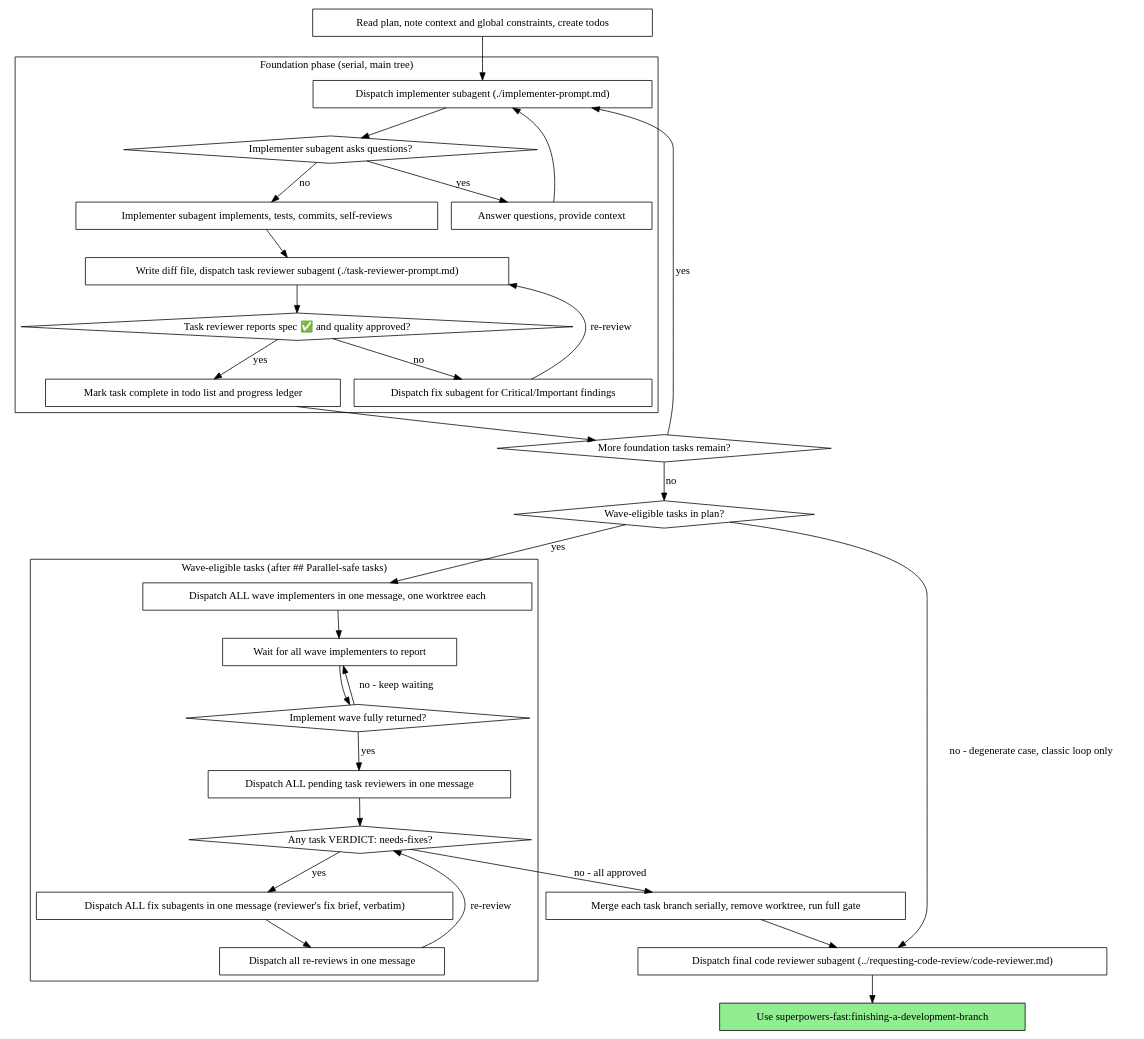
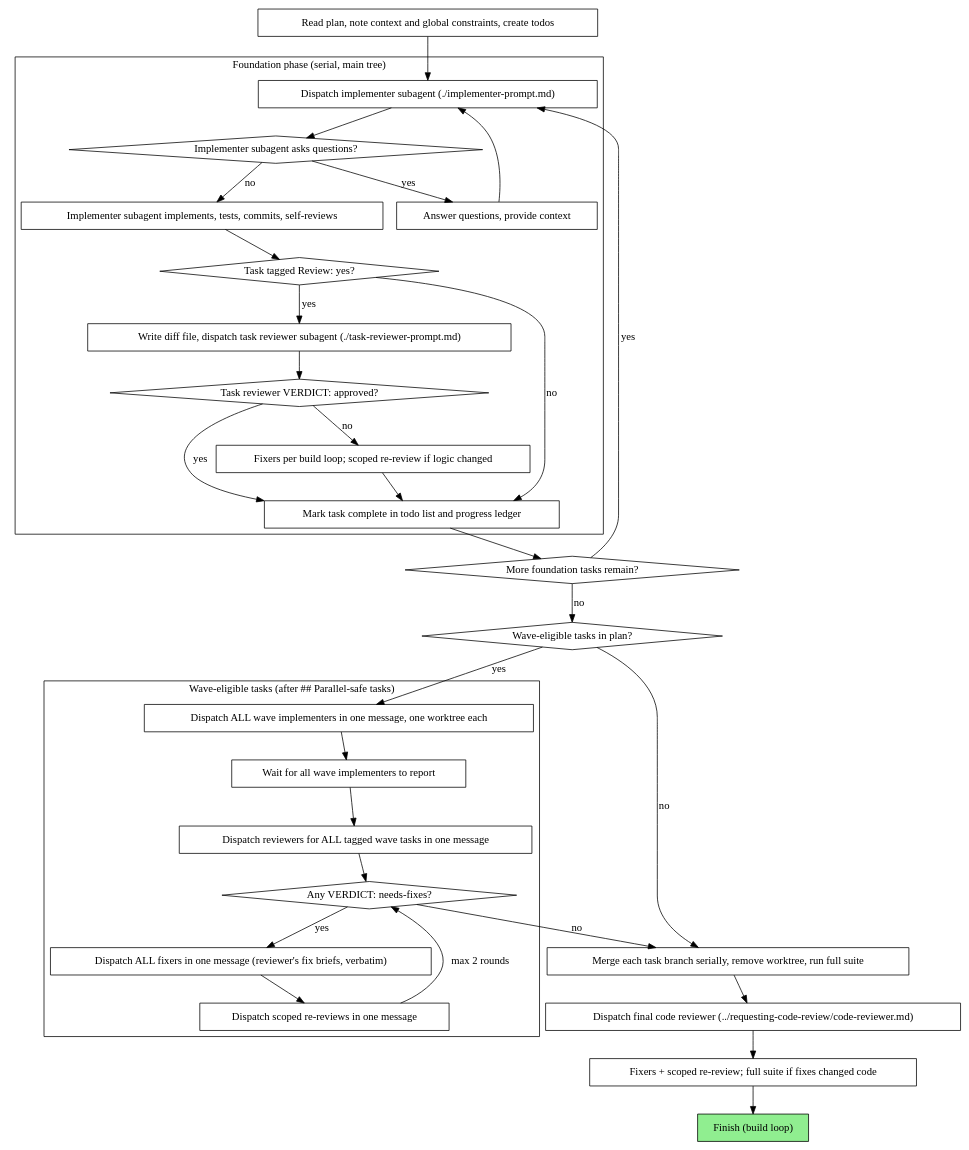
The diagram in skills/subagent-driven-development/SKILL.md (sampocs/superpowers-fast), drawn with Graphviz before and after one commit. The commit also changed other lines of this file and 3 other files, not shown here.

First line of the commit message:
feat: Large tier reviews tagged tasks only, splits fixes by severity, targeted tests

````diff
--- a/skills/subagent-driven-development/SKILL.md
+++ b/skills/subagent-driven-development/SKILL.md
@@ -47,62 +25,64 @@
 ```dot
 digraph process {
     rankdir=TB;
 
     subgraph cluster_foundation {
         label="Foundation phase (serial, main tree)";
         "Dispatch implementer subagent (./implementer-prompt.md)" [shape=box];
         "Implementer subagent asks questions?" [shape=diamond];
         "Answer questions, provide context" [shape=box];
         "Implementer subagent implements, tests, commits, self-reviews" [shape=box];
+        "Task tagged Review: yes?" [shape=diamond];
         "Write diff file, dispatch task reviewer subagent (./task-reviewer-prompt.md)" [shape=box];
-        "Task reviewer reports spec ✅ and quality approved?" [shape=diamond];
-        "Dispatch fix subagent for Critical/Important findings" [shape=box];
+        "Task reviewer VERDICT: approved?" [shape=diamond];
+        "Fixers per build loop; scoped re-review if logic changed" [shape=box];
         "Mark task complete in todo list and progress ledger" [shape=box];
     }
 
     subgraph cluster_waves {
         label="Wave-eligible tasks (after ## Parallel-safe tasks)";
         "Dispatch ALL wave implementers in one message, one worktree each" [shape=box];
         "Wait for all wave implementers to report" [shape=box];
-        "Implement wave fully returned?" [shape=diamond];
-        "Dispatch ALL pending task reviewers in one message" [shape=box];
-        "Any task VERDICT: needs-fixes?" [shape=diamond];
-        "Dispatch ALL fix subagents in one message (reviewer's fix brief, verbatim)" [shape=box];
-        "Dispatch all re-reviews in one message" [shape=box];
+        "Dispatch reviewers for ALL tagged wave tasks in one message" [shape=box];
+        "Any VERDICT: needs-fixes?" [shape=diamond];
+        "Dispatch ALL fixers in one message (reviewer's fix briefs, verbatim)" [shape=box];
+        "Dispatch scoped re-reviews in one message" [shape=box];
     }
 
     "Read plan, note context and global constraints, create todos" [shape=box];
     "More foundation tasks remain?" [shape=diamond];
     "Wave-eligible tasks in plan?" [shape=diamond];
-    "Merge each task branch serially, remove worktree, run full gate" [shape=box];
-    "Dispatch final code reviewer subagent (../requesting-code-review/code-reviewer.md)" [shape=box];
-    "Use superpowers-fast:finishing-a-development-branch" [shape=box style=filled fillcolor=lightgreen];
+    "Merge each task branch serially, remove worktree, run full suite" [shape=box];
+    "Dispatch final code reviewer (../requesting-code-review/code-reviewer.md)" [shape=box];
+    "Fixers + scoped re-review; full suite if fixes changed code" [shape=box];
+    "Finish (build loop)" [shape=box style=filled fillcolor=lightgreen];
 
     "Read plan, note context and global constraints, create todos" -> "Dispatch implementer subagent (./implementer-prompt.md)";
     "Dispatch implementer subagent (./implementer-prompt.md)" -> "Implementer subagent asks questions?";
     "Implementer subagent asks questions?" -> "Answer questions, provide context" [label="yes"];
     "Answer questions, provide context" -> "Dispatch implementer subagent (./implementer-prompt.md)";
     "Implementer subagent asks questions?" -> "Implementer subagent implements, tests, commits, self-reviews" [label="no"];
-    "Implementer subagent implements, tests, commits, self-reviews" -> "Write diff file, dispatch task reviewer subagent (./task-reviewer-prompt.md)";
-    "Write diff file, dispatch task reviewer subagent (./task-reviewer-prompt.md)" -> "Task reviewer reports spec ✅ and quality approved?";
-    "Task reviewer reports spec ✅ and quality approved?" -> "Dispatch fix subagent for Critical/Important findings" [label="no"];
-    "Dispatch fix subagent for Critical/Important findings" -> "Write diff file, dispatch task reviewer subagent (./task-reviewer-prompt.md)" [label="re-review"];
-    "Task reviewer reports spec ✅ and quality approved?" -> "Mark task complete in todo list and progress ledger" [label="yes"];
+    "Implementer subagent implements, tests, commits, self-reviews" -> "Task tagged Review: yes?";
+    "Task tagged Review: yes?" -> "Write diff file, dispatch task reviewer subagent (./task-reviewer-prompt.md)" [label="yes"];
+    "Task tagged Review: yes?" -> "Mark task complete in todo list and progress ledger" [label="no"];
+    "Write diff file, dispatch task reviewer subagent (./task-reviewer-prompt.md)" -> "Task reviewer VERDICT: approved?";
+    "Task reviewer VERDICT: approved?" -> "Fixers per build loop; scoped re-review if logic changed" [label="no"];
+    "Fixers per build loop; scoped re-review if logic changed" -> "Mark task complete in todo list and progress ledger";
+    "Task reviewer VERDICT: approved?" -> "Mark task complete in todo list and progress ledger" [label="yes"];
     "Mark task complete in todo list and progress ledger" -> "More foundation tasks remain?";
     "More foundation tasks remain?" -> "Dispatch implementer subagent (./implementer-prompt.md)" [label="yes"];
     "More foundation tasks remain?" -> "Wave-eligible tasks in plan?" [label="no"];
     "Wave-eligible tasks in plan?" -> "Dispatch ALL wave implementers in one message, one worktree each" [label="yes"];
-    "Wave-eligible tasks in plan?" -> "Dispatch final code reviewer subagent (../requesting-code-review/code-reviewer.md)" [label="no - degenerate case, classic loop only"];
+    "Wave-eligible tasks in plan?" -> "Merge each task branch serially, remove worktree, run full suite" [label="no"];
     "Dispatch ALL wave implementers in one message, one worktree each" -> "Wait for all wave implementers to report";
-    "Wait for all wave implementers to report" -> "Implement wave fully returned?";
-    "Implement wave fully returned?" -> "Wait for all wave implementers to report" [label="no - keep waiting"];
-    "Implement wave fully returned?" -> "Dispatch ALL pending task reviewers in one message" [label="yes"];
-    "Dispatch ALL pending task reviewers in one message" -> "Any task VERDICT: needs-fixes?";
-    "Any task VERDICT: needs-fixes?" -> "Dispatch ALL fix subagents in one message (reviewer's fix brief, verbatim)" [label="yes"];
-    "Dispatch ALL fix subagents in one message (reviewer's fix brief, verbatim)" -> "Dispatch all re-reviews in one message";
-    "Dispatch all re-reviews in one message" -> "Any task VERDICT: needs-fixes?" [label="re-review"];
-    "Any task VERDICT: needs-fixes?" -> "Merge each task branch serially, remove worktree, run full gate" [label="no - all approved"];
-    "Merge each task branch serially, remove worktree, run full gate" -> "Dispatch final code reviewer subagent (../requesting-code-review/code-reviewer.md)";
-    "Dispatch final code reviewer subagent (../requesting-code-review/code-reviewer.md)" -> "Use superpowers-fast:finishing-a-development-branch";
+    "Wait for all wave implementers to report" -> "Dispatch reviewers for ALL tagged wave tasks in one message";
+    "Dispatch reviewers for ALL tagged wave tasks in one message" -> "Any VERDICT: needs-fixes?";
+    "Any VERDICT: needs-fixes?" -> "Dispatch ALL fixers in one message (reviewer's fix briefs, verbatim)" [label="yes"];
+    "Dispatch ALL fixers in one message (reviewer's fix briefs, verbatim)" -> "Dispatch scoped re-reviews in one message";
+    "Dispatch scoped re-reviews in one message" -> "Any VERDICT: needs-fixes?" [label="max 2 rounds"];
+    "Any VERDICT: needs-fixes?" -> "Merge each task branch serially, remove worktree, run full suite" [label="no"];
+    "Merge each task branch serially, remove worktree, run full suite" -> "Dispatch final code reviewer (../requesting-code-review/code-reviewer.md)";
+    "Dispatch final code reviewer (../requesting-code-review/code-reviewer.md)" -> "Fixers + scoped re-review; full suite if fixes changed code";
+    "Fixers + scoped re-review; full suite if fixes changed code" -> "Finish (build loop)";
 }
 ```
````
